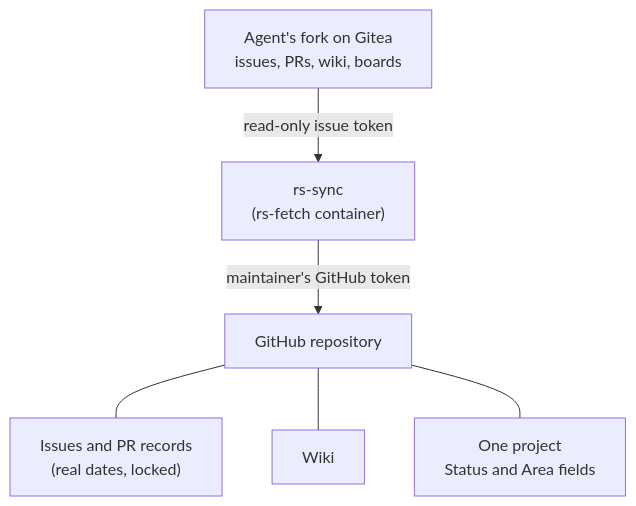
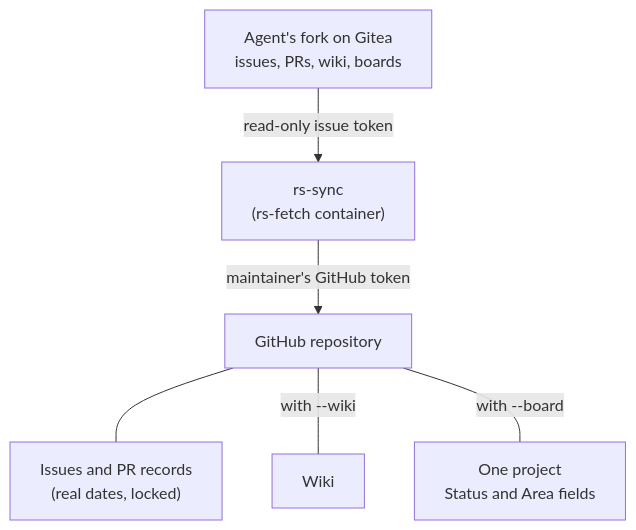
The diagram in docs/architecture/GitHub-mirror.md (joaopn/research-sandbox), drawn with Mermaid before and after one commit. The commit also changed other lines of this file and 4 other files, not shown here.

First line of the commit message:
feat: rs-sync mirrors the wiki and the board only when asked

````diff
--- a/docs/architecture/GitHub-mirror.md
+++ b/docs/architecture/GitHub-mirror.md
@@ -11,8 +11,8 @@
 ```mermaid
 flowchart TD
   fork["Agent's fork on Gitea<br/>issues, PRs, wiki, boards"] -->|"read-only issue token"| sync["rs-sync<br/>(rs-fetch container)"]
   sync -->|"maintainer's GitHub token"| gh["GitHub repository"]
   gh --- issues["Issues and PR records<br/>(real dates, locked)"]
-  gh --- wiki["Wiki"]
-  gh --- project["One project<br/>Status and Area fields"]
+  gh ---|"with --wiki"| wiki["Wiki"]
+  gh ---|"with --board"| project["One project<br/>Status and Area fields"]
 ```
````
